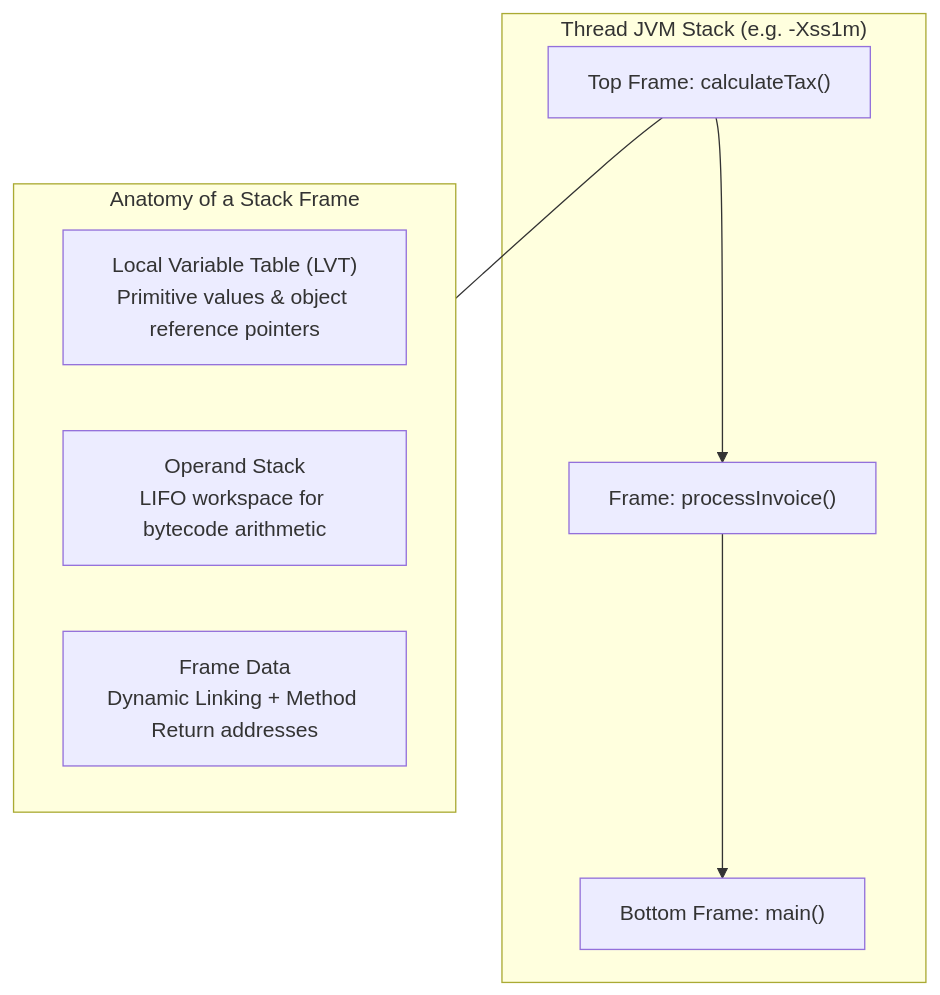
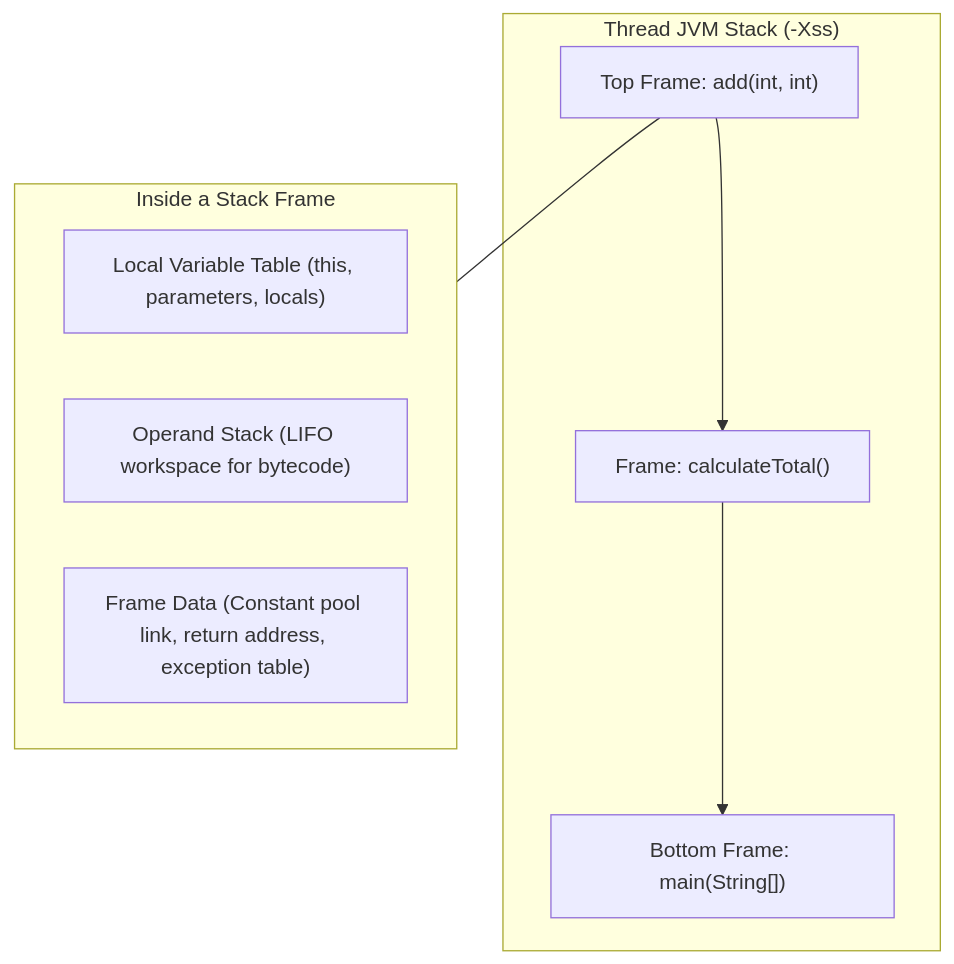
The third of 4 diagrams in content/roadmap/level-3/jvm-architecture-internals.md (ravishankar2463/java_hub), drawn with Mermaid before and after one commit. The commit also changed other lines of this file and 119 other files, not shown here.

Commit message:
feat: add comprehensive java learning roadmap content across multiple levels

````diff
--- a/content/roadmap/level-3/jvm-architecture-internals.md
+++ b/content/roadmap/level-3/jvm-architecture-internals.md
@@ -146,18 +166,17 @@
 ```mermaid
 flowchart TD
-    subgraph ThreadStack ["Thread JVM Stack (e.g. -Xss1m)"]
-        Frame3["Top Frame: calculateTax()"]
-        Frame2["Frame: processInvoice()"]
-        Frame1["Bottom Frame: main()"]
-
-        Frame3 --> Frame2 --> Frame1
+    subgraph Stack["Thread JVM Stack (-Xss)"]
+        f3["Top Frame: add(int, int)"]
+        f2["Frame: calculateTotal()"]
+        f1["Bottom Frame: main(String[])"]
+        f3 --> f2 --> f1
     end
 
-    subgraph StackFrameDetails ["Anatomy of a Stack Frame"]
-        LVT["Local Variable Table (LVT)<br/>Primitive values &amp; object reference pointers"]
-        OS["Operand Stack<br/>LIFO workspace for bytecode arithmetic"]
-        FD["Frame Data<br/>Dynamic Linking + Method Return addresses"]
+    subgraph Frame["Inside a Stack Frame"]
+        lvt["Local Variable Table (this, parameters, locals)"]
+        op["Operand Stack (LIFO workspace for bytecode)"]
+        fd["Frame Data (Constant pool link, return address, exception table)"]
     end
 
-    Frame3 --- StackFrameDetails
+    f3 --- Frame
 ```
````
